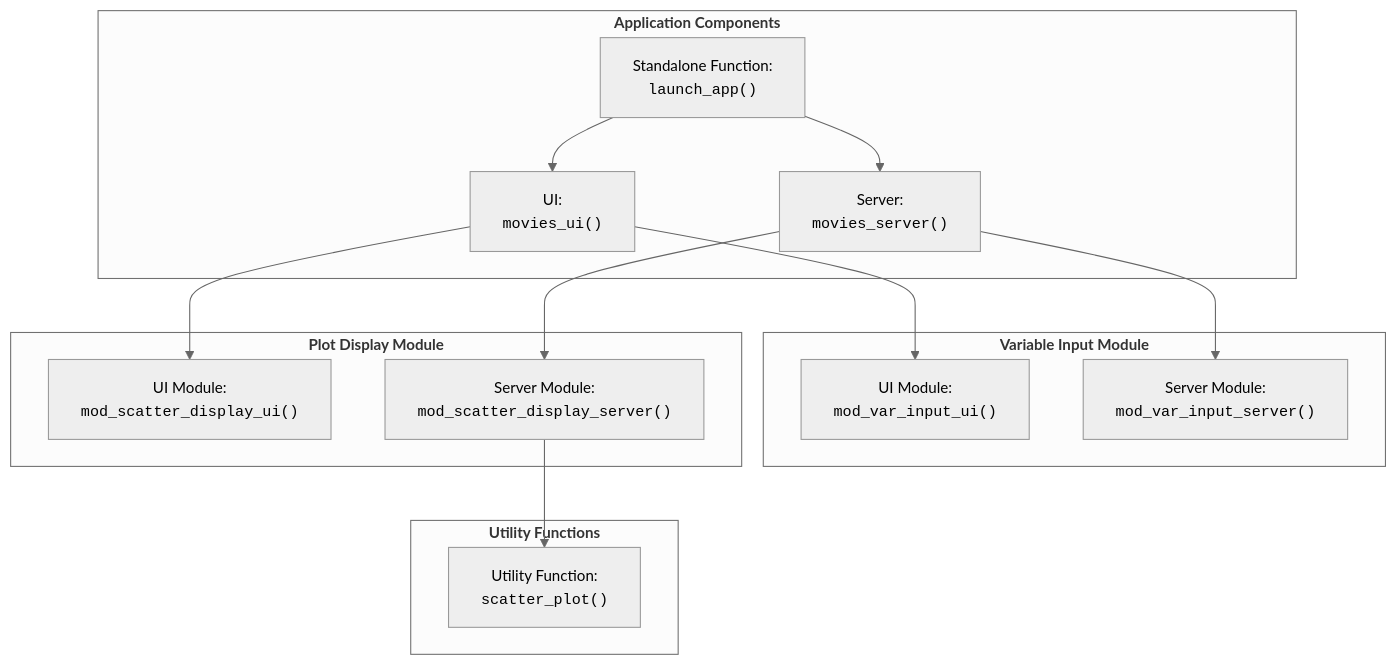
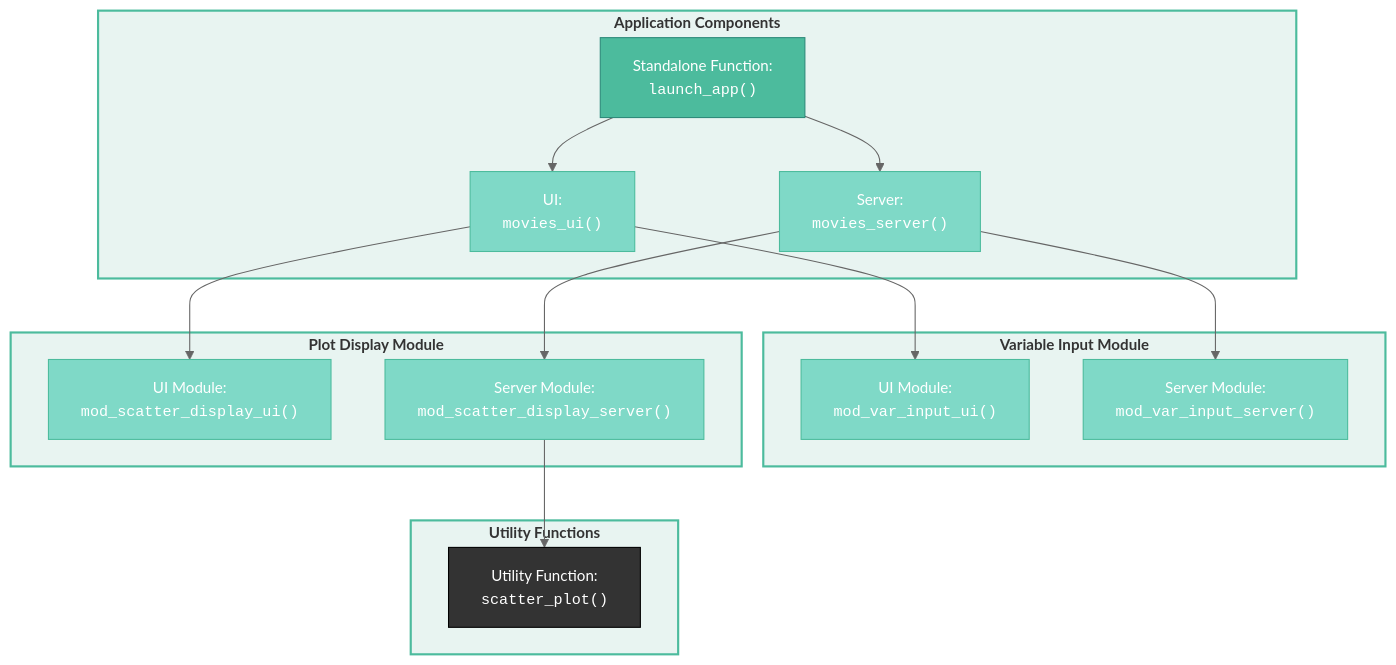
Before and after one commit to mjfrigaard/shiny-app-pkgs: the fifth of 5 diagrams in document.qmd, drawn with Mermaid. The commit also changed other lines of this file, not shown here.

First line of the commit message:
Style all 5 mermaid diagrams in document.qmd with teal palette

````diff
--- a/document.qmd
+++ b/document.qmd
@@ -1126,29 +1143,42 @@
 ```{mermaid}
 %%| fig-cap: 'The updated `@family` tag'
 %%| fig-align: center
 %%{init: {'theme': 'neutral', 'themeVariables': { 'fontFamily': 'monospace', "fontSize":"14px"}}}%%
 flowchart TD
     subgraph AppCom["<strong>Application Components</strong>"]
         launch_app["Standalone Function:<br><code>launch_app()</code>"]
         UI["UI:<br><code>movies_ui()</code>"]
         Server["Server:<br><code>movies_server()</code>"]
     end
     subgraph Vars["<strong>Variable Input Module</strong>"]
         mod_var_input_ui["UI Module:<br><code>mod_var_input_ui()</code>"]
         mod_var_input_server["Server Module:<br><code>mod_var_input_server()</code>"]
     end
     subgraph Graph["<strong>Plot Display Module</strong>"]
         mod_scatter_display_ui["UI Module:<br><code>mod_scatter_display_ui()</code>"]
         mod_scatter_display_server["Server Module:<br><code>mod_scatter_display_server()</code>"]
     end
     subgraph Utils["<strong>Utility Functions</strong>"]
         scatter_plot["Utility Function:<br><code>scatter_plot()</code>"]
     end
 
     launch_app --> UI
     launch_app --> Server
     UI --> mod_var_input_ui
     UI --> mod_scatter_display_ui
     Server --> mod_var_input_server
     Server --> mod_scatter_display_server --> scatter_plot
+
+    style AppCom fill:#e8f4f1,stroke:#4CBB9D,stroke-width:2px
+    style Vars fill:#e8f4f1,stroke:#4CBB9D,stroke-width:2px
+    style Graph fill:#e8f4f1,stroke:#4CBB9D,stroke-width:2px
+    style Utils fill:#e8f4f1,stroke:#4CBB9D,stroke-width:2px
+    style launch_app fill:#4CBB9D,color:#fff,stroke:#2d8a7a,stroke-width:1px
+    style UI fill:#7fd9c7,color:#fff,stroke:#4CBB9D,stroke-width:1px
+    style Server fill:#7fd9c7,color:#fff,stroke:#4CBB9D,stroke-width:1px
+    style mod_var_input_ui fill:#7fd9c7,color:#fff,stroke:#4CBB9D,stroke-width:1px
+    style mod_var_input_server fill:#7fd9c7,color:#fff,stroke:#4CBB9D,stroke-width:1px
+    style mod_scatter_display_ui fill:#7fd9c7,color:#fff,stroke:#4CBB9D,stroke-width:1px
+    style mod_scatter_display_server fill:#7fd9c7,color:#fff,stroke:#4CBB9D,stroke-width:1px
+    style scatter_plot fill:#333,color:#fff,stroke:#000,stroke-width:1px
 ```
````
